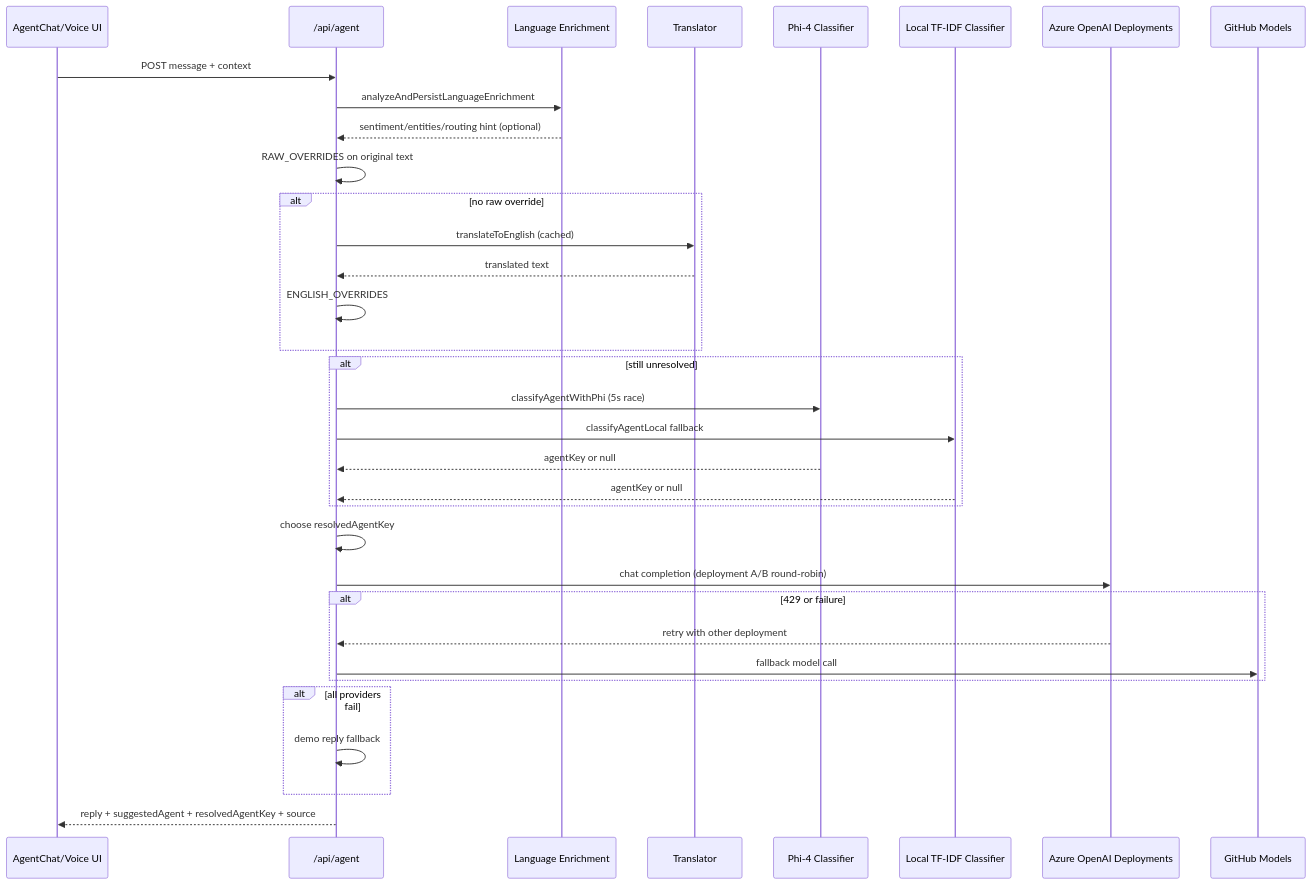
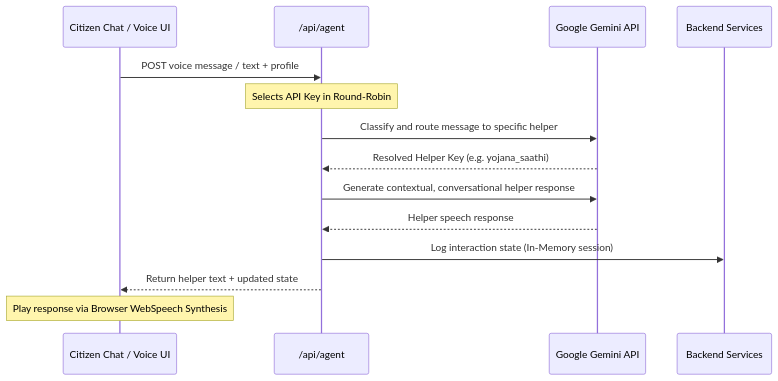
Before and after one commit to ranjan-arnav/bharat_setu_cfc: the second of 2 diagrams in README.md, drawn with Mermaid. The commit also changed other lines of this file, not shown here.

````diff
--- a/README.md
+++ b/README.md
@@ -136,41 +140,17 @@
 ```mermaid
 sequenceDiagram
-  participant UI as AgentChat/Voice UI
+  participant UI as Citizen Chat / Voice UI
   participant API as /api/agent
-  participant ENR as Language Enrichment
-  participant TR as Translator
-  participant PHI as Phi-4 Classifier
-  participant TF as Local TF-IDF Classifier
-  participant AOAI as Azure OpenAI Deployments
-  participant GHM as GitHub Models
+  participant GEM as Google Gemini API
+  participant SV as Backend Services
 
-  UI->>API: POST message + context
-  API->>ENR: analyzeAndPersistLanguageEnrichment
-  ENR-->>API: sentiment/entities/routing hint (optional)
-
-  API->>API: RAW_OVERRIDES on original text
-  alt no raw override
-    API->>TR: translateToEnglish (cached)
-    TR-->>API: translated text
-    API->>API: ENGLISH_OVERRIDES
-  end
-
-  alt still unresolved
-    API->>PHI: classifyAgentWithPhi (5s race)
-    API->>TF: classifyAgentLocal fallback
-    PHI-->>API: agentKey or null
-    TF-->>API: agentKey or null
-  end
-
-  API->>API: choose resolvedAgentKey
-  API->>AOAI: chat completion (deployment A/B round-robin)
-  alt 429 or failure
-    AOAI-->>API: retry with other deployment
-    API->>GHM: fallback model call
-  end
-  alt all providers fail
-    API->>API: demo reply fallback
-  end
-
-  API-->>UI: reply + suggestedAgent + resolvedAgentKey + source
+  UI->>API: POST voice message / text + profile
+  Note over API: Selects API Key in Round-Robin
+  API->>GEM: Classify and route message to specific helper
+  GEM-->>API: Resolved Helper Key (e.g. yojana_saathi)
+  API->>GEM: Generate contextual, conversational helper response
+  GEM-->>API: Helper speech response
+  API->>SV: Log interaction state (In-Memory session)
+  API-->>UI: Return helper text + updated state
+  Note over UI: Play response via Browser WebSpeech Synthesis
 ```
````
